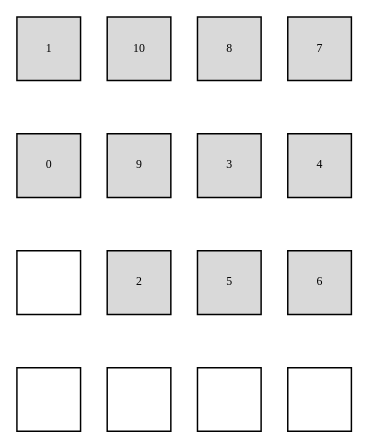
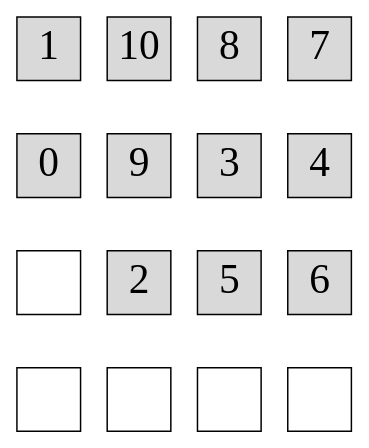
Before and after one commit to jeronimopenha/sa_verilog: the diagram in rom/end_th0.dot, drawn with Graphviz. The commit also changed 52 other files, not shown here.

```diff
--- a/rom/end_th0.dot
+++ b/rom/end_th0.dot
@@ -1,30 +1,30 @@
 digraph layout{
  rankdir=TB;
  splines=ortho;
  node [style=filled shape=square fixedsize=true width=0.6];
-0[label="1", fontsize=8, fillcolor="#d9d9d9"];
-1[label="10", fontsize=8, fillcolor="#d9d9d9"];
-2[label="8", fontsize=8, fillcolor="#d9d9d9"];
-3[label="7", fontsize=8, fillcolor="#d9d9d9"];
-4[label="0", fontsize=8, fillcolor="#d9d9d9"];
-5[label="9", fontsize=8, fillcolor="#d9d9d9"];
-6[label="3", fontsize=8, fillcolor="#d9d9d9"];
-7[label="4", fontsize=8, fillcolor="#d9d9d9"];
-8[label="", fontsize=8, fillcolor="#ffffff"];
-9[label="2", fontsize=8, fillcolor="#d9d9d9"];
-10[label="5", fontsize=8, fillcolor="#d9d9d9"];
-11[label="6", fontsize=8, fillcolor="#d9d9d9"];
-12[label="", fontsize=8, fillcolor="#ffffff"];
-13[label="", fontsize=8, fillcolor="#ffffff"];
-14[label="", fontsize=8, fillcolor="#ffffff"];
-15[label="", fontsize=8, fillcolor="#ffffff"];
+0[label="1", fontsize=28, fillcolor="#d9d9d9"];
+1[label="10", fontsize=28, fillcolor="#d9d9d9"];
+2[label="8", fontsize=28, fillcolor="#d9d9d9"];
+3[label="7", fontsize=28, fillcolor="#d9d9d9"];
+4[label="0", fontsize=28, fillcolor="#d9d9d9"];
+5[label="9", fontsize=28, fillcolor="#d9d9d9"];
+6[label="3", fontsize=28, fillcolor="#d9d9d9"];
+7[label="4", fontsize=28, fillcolor="#d9d9d9"];
+8[label="", fontsize=28, fillcolor="#ffffff"];
+9[label="2", fontsize=28, fillcolor="#d9d9d9"];
+10[label="5", fontsize=28, fillcolor="#d9d9d9"];
+11[label="6", fontsize=28, fillcolor="#d9d9d9"];
+12[label="", fontsize=28, fillcolor="#ffffff"];
+13[label="", fontsize=28, fillcolor="#ffffff"];
+14[label="", fontsize=28, fillcolor="#ffffff"];
+15[label="", fontsize=28, fillcolor="#ffffff"];
 edge [constraint=true, style=invis];
 0 -> 4 -> 8 -> 12;
 1 -> 5 -> 9 -> 13;
 2 -> 6 -> 10 -> 14;
 3 -> 7 -> 11 -> 15;
 rank = same {0 -> 1 -> 2 -> 3};
 rank = same {4 -> 5 -> 6 -> 7};
 rank = same {8 -> 9 -> 10 -> 11};
 rank = same {12 -> 13 -> 14 -> 15};
 }
```
